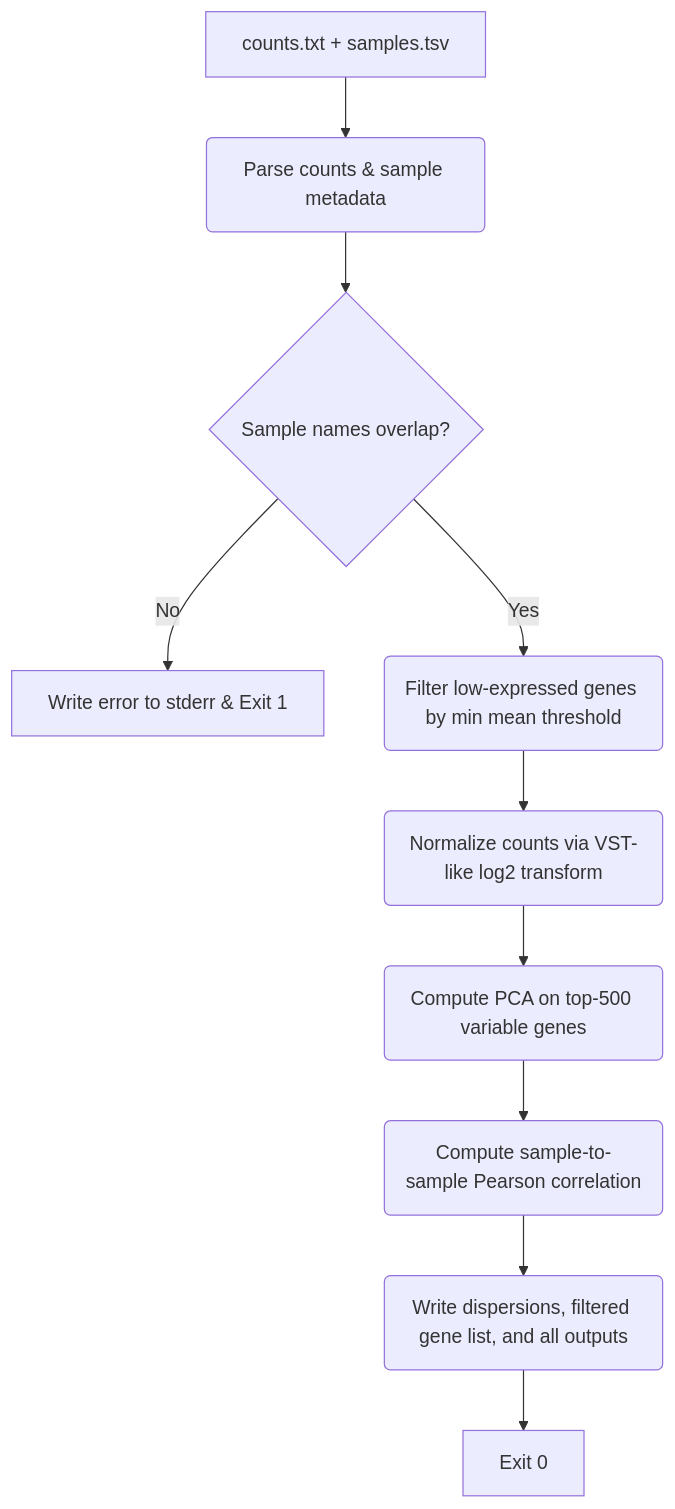
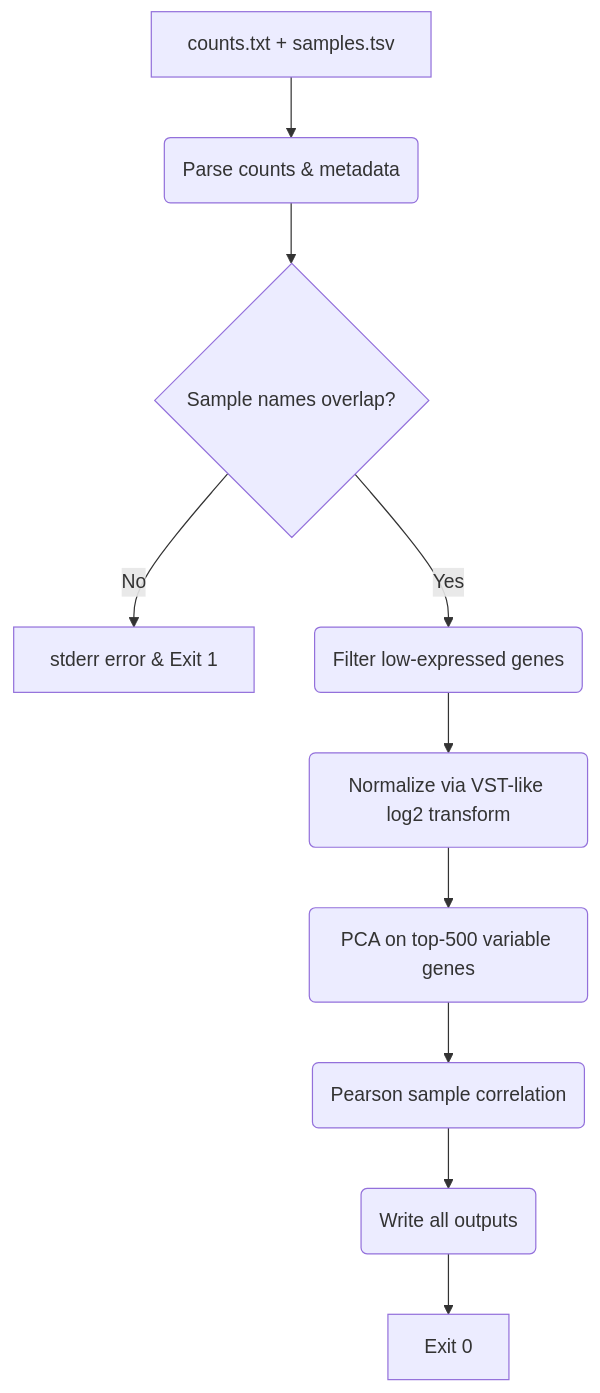
One commit to BDB-Genomics/bdb-rnaseq changed the fourth of 7 diagrams in rules/scripts/README.md. Above: the diagram before and after it, drawn with Mermaid. The commit also changed other lines of this file, not shown here.

````diff
--- a/rules/scripts/README.md
+++ b/rules/scripts/README.md
@@ -115,12 +109,12 @@
 ```mermaid
 graph TD
-    A[counts.txt + samples.tsv] --> B(Parse counts & sample metadata)
+    A[counts.txt + samples.tsv] --> B(Parse counts & metadata)
     B --> C{Sample names overlap?}
-    C -- No --> D[Write error to stderr & Exit 1]
-    C -- Yes --> E(Filter low-expressed genes by min mean threshold)
-    E --> F(Normalize counts via VST-like log2 transform)
-    F --> G(Compute PCA on top-500 variable genes)
-    G --> H(Compute sample-to-sample Pearson correlation)
-    H --> I(Write dispersions, filtered gene list, and all outputs)
+    C -- No --> D[stderr error & Exit 1]
+    C -- Yes --> E(Filter low-expressed genes)
+    E --> F(Normalize via VST-like log2 transform)
+    F --> G(PCA on top-500 variable genes)
+    G --> H(Pearson sample correlation)
+    H --> I(Write all outputs)
     I --> J[Exit 0]
 ```
````
